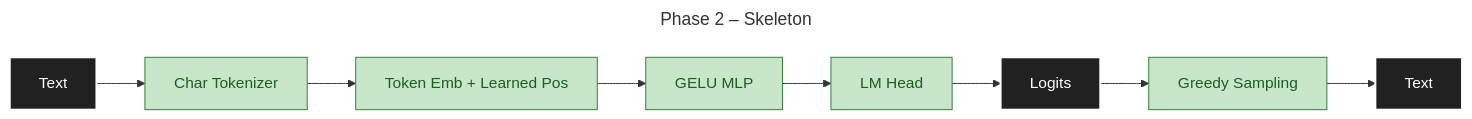
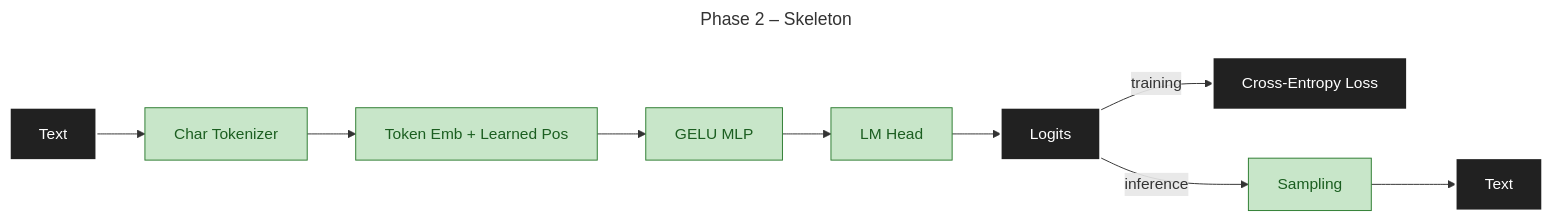
Before and after one commit to maxjbarfuss/max_llm: the first of 8 diagrams in docs/DESIGN.md, drawn with Mermaid. The commit also changed other lines of this file and 19 other files, not shown here.

````diff
--- a/docs/DESIGN.md
+++ b/docs/DESIGN.md
@@ -15,9 +15,11 @@
 ```mermaid
 ---
 title: Phase 2 – Skeleton
 ---
 graph LR
-    A[Text]:::io --> B[Char Tokenizer]:::p2 --> C[Token Emb + Learned Pos]:::p2 --> D[GELU MLP]:::p2 --> E[LM Head]:::p2 --> F[Logits]:::io --> G[Greedy Sampling]:::p2 --> H[Text]:::io
+    A[Text]:::io --> B[Char Tokenizer]:::p2 --> C[Token Emb + Learned Pos]:::p2 --> D[GELU MLP]:::p2 --> E[LM Head]:::p2 --> F[Logits]:::io
+    F -->|training| G[Cross-Entropy Loss]:::io
+    F -->|inference| H[Sampling]:::p2 --> I[Text]:::io
     classDef io fill:#212121,stroke:#FFFFFF,color:#FFFFFF,stroke-width:2px
     classDef p2 fill:#C8E6C9,stroke:#2E7D32,color:#1B5E20
 ```
````
